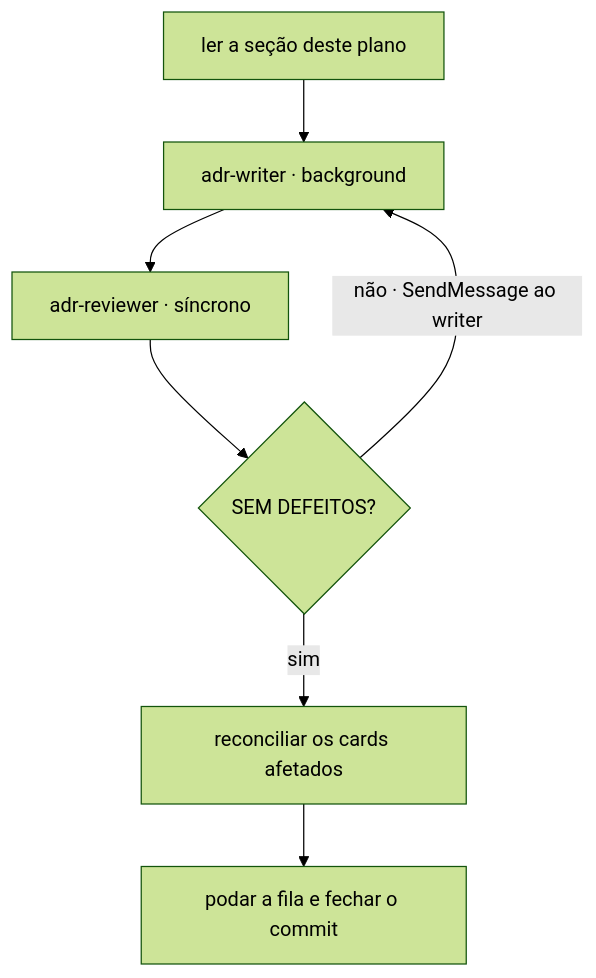
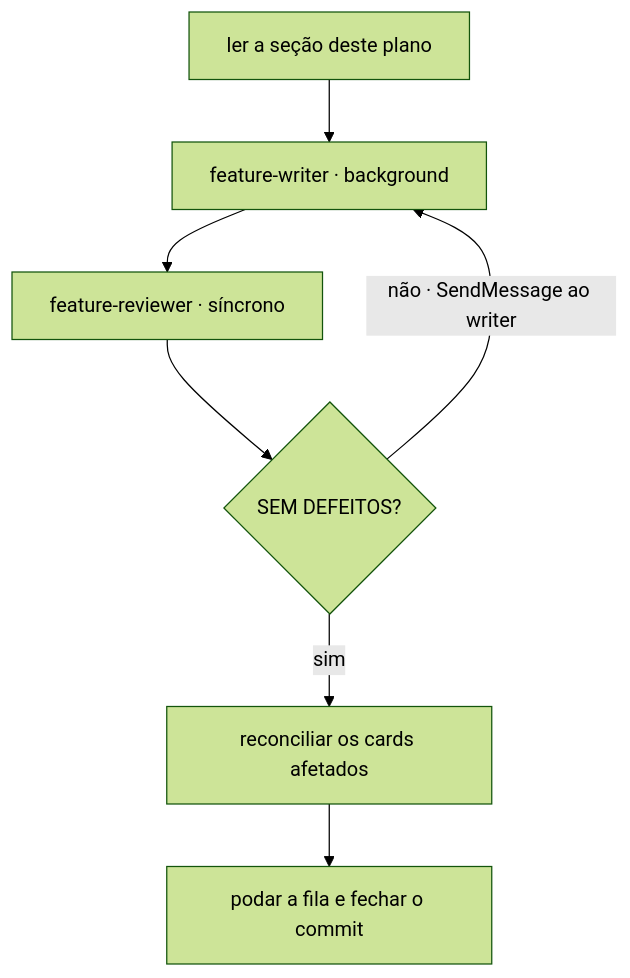
The diagram in docs/adr/plano-de-escrita-do-lote-e.md (da0hn/distributed-systems-experiment-lab), drawn with Mermaid (forest theme) before and after one commit. The commit also changed other lines of this file and 8 other files, not shown here.

````diff
--- a/docs/adr/plano-de-escrita-do-lote-e.md
+++ b/docs/adr/plano-de-escrita-do-lote-e.md
@@ -57,12 +58,12 @@
 ```mermaid
 flowchart TD
     P["ler a seção deste plano"]
-    W["adr-writer · background"]
-    R["adr-reviewer · síncrono"]
+    W["feature-writer · background"]
+    R["feature-reviewer · síncrono"]
     Q{"SEM DEFEITOS?"}
     C["reconciliar os cards afetados"]
     F["podar a fila e fechar o commit"]
     P --> W --> R --> Q
     Q -->|" não · SendMessage ao writer "| W
     Q -->|" sim "| C --> F
 ```
````
